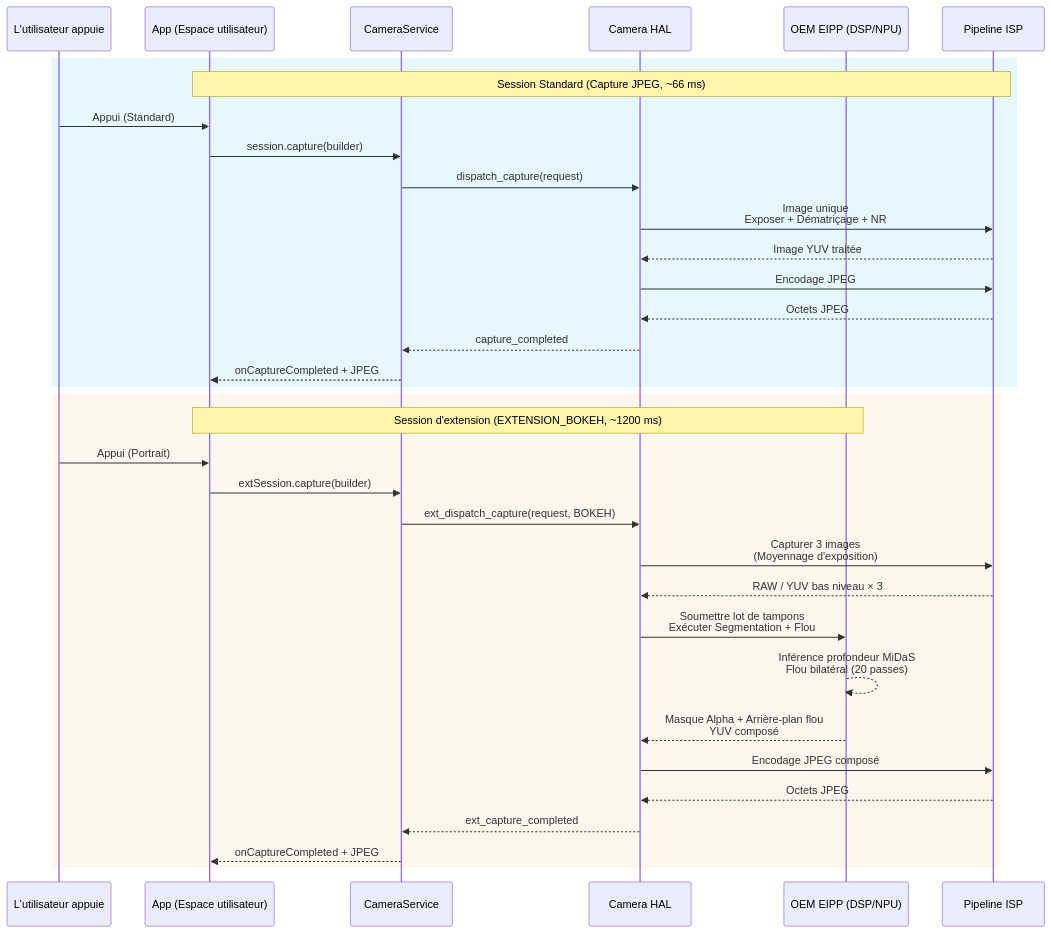
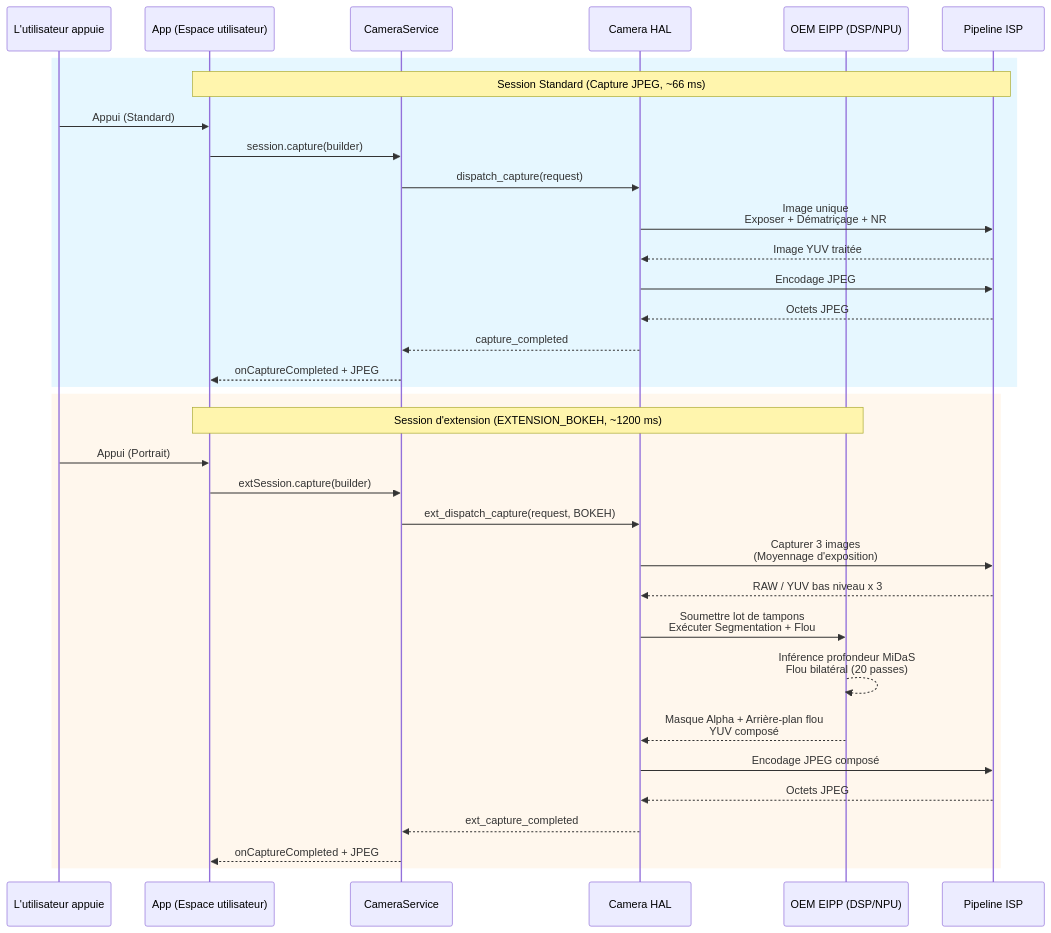
One commit to zoozooll/AndroidCameraParameters changed the second of 2 diagrams in website/i18n/fr/docusaurus-plugin-content-docs/current/camera2/camera-extensions.md. Above: the diagram before and after it, drawn with Mermaid. The commit also changed other lines of this file and 77 other files, not shown here.

First line of the commit message:
docs: standardize Mermaid syntax and polish 3A pipeline translations

````diff
--- a/website/i18n/fr/docusaurus-plugin-content-docs/current/camera2/camera-extensions.md
+++ b/website/i18n/fr/docusaurus-plugin-content-docs/current/camera2/camera-extensions.md
@@ -317,38 +317,38 @@
 ```mermaid
 sequenceDiagram
     participant U as L'utilisateur appuie
     participant APP as App (Espace utilisateur)
     participant CAM as CameraService
     participant HAL as Camera HAL
     participant EIPP as OEM EIPP (DSP/NPU)
     participant ISP as Pipeline ISP
 
     rect rgb(230, 247, 255)
         Note over APP,ISP: Session Standard (Capture JPEG, ~66 ms)
         U->>APP: Appui (Standard)
         APP->>CAM: session.capture(builder)
         CAM->>HAL: dispatch_capture(request)
         HAL->>ISP: Image unique<br/>Exposer + Dématriçage + NR
         ISP-->>HAL: Image YUV traitée
         HAL->>ISP: Encodage JPEG
         ISP-->>HAL: Octets JPEG
         HAL-->>CAM: capture_completed
         CAM-->>APP: onCaptureCompleted + JPEG
     end
 
     rect rgb(255, 247, 237)
         Note over APP,EIPP: Session d'extension (EXTENSION_BOKEH, ~1200 ms)
         U->>APP: Appui (Portrait)
         APP->>CAM: extSession.capture(builder)
         CAM->>HAL: ext_dispatch_capture(request, BOKEH)
         HAL->>ISP: Capturer 3 images<br/>(Moyennage d'exposition)
-        ISP-->>HAL: RAW / YUV bas niveau × 3
+        ISP-->>HAL: RAW / YUV bas niveau x 3
         HAL->>EIPP: Soumettre lot de tampons<br/>Exécuter Segmentation + Flou
         EIPP-->>EIPP: Inférence profondeur MiDaS<br/>Flou bilatéral (20 passes)
         EIPP-->>HAL: Masque Alpha + Arrière-plan flou<br/>YUV composé
         HAL->>ISP: Encodage JPEG composé
         ISP-->>HAL: Octets JPEG
         HAL-->>CAM: ext_capture_completed
         CAM-->>APP: onCaptureCompleted + JPEG
     end
 ```
````
